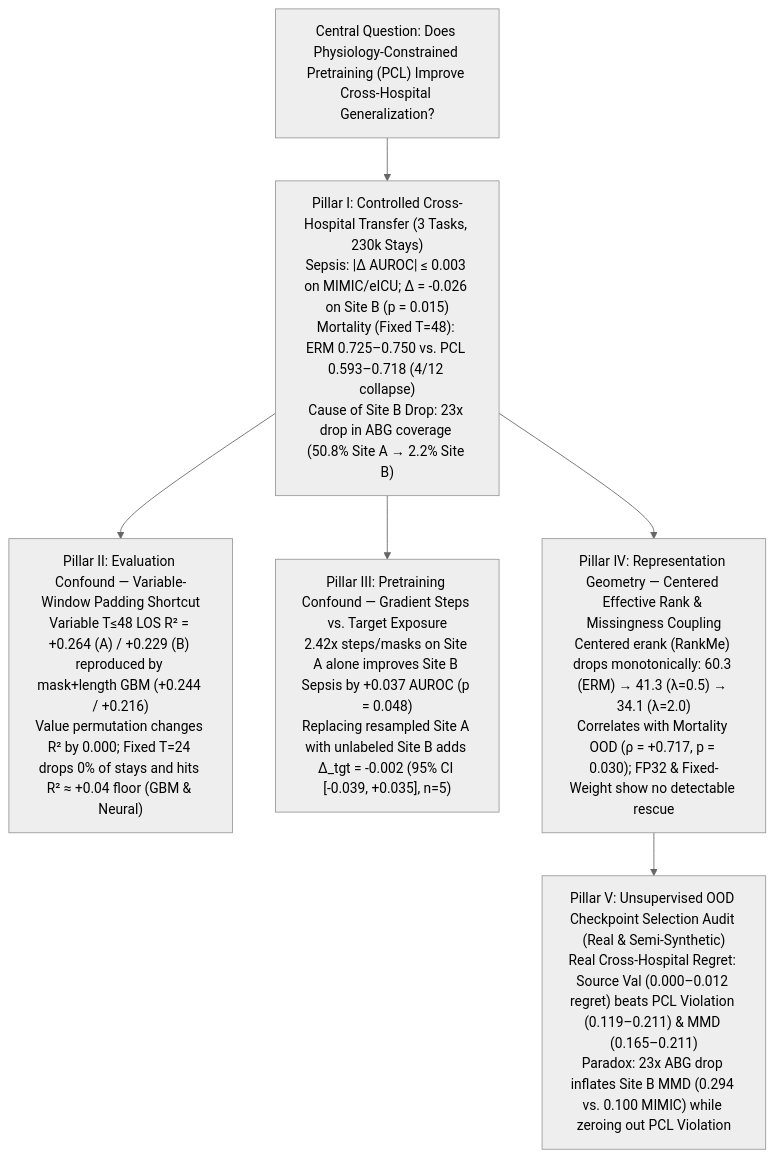
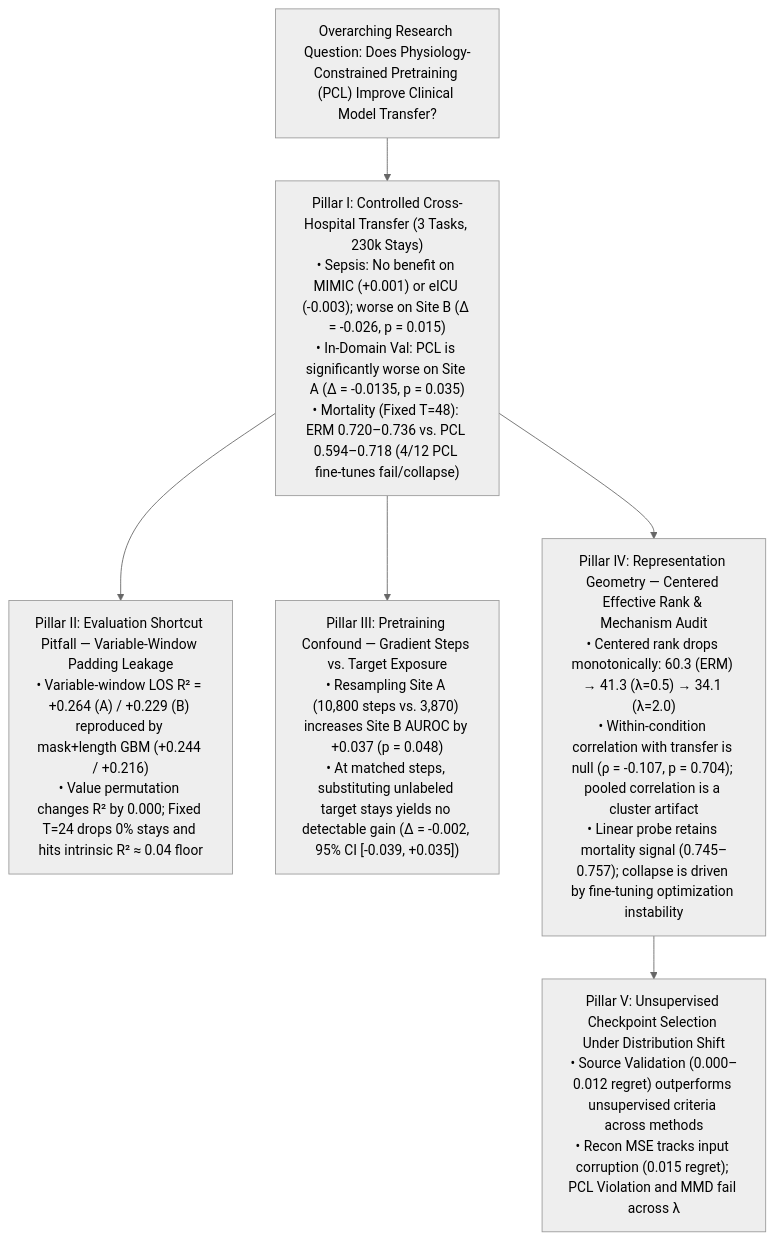
Before and after one commit to Nikhilodeon1/pcl-legacy2: the diagram in results/revision/COMPREHENSIVE_AUDIT_REPORT.md, drawn with Mermaid (neutral theme). The commit also changed other lines of this file and 4 other files, not shown here.

Commit message:
Address Mock TMLR Review Round 2: empirical firing rates, Site A stratification, mortality reconciliation, and steps-matched PCL control

````diff
--- a/results/revision/COMPREHENSIVE_AUDIT_REPORT.md
+++ b/results/revision/COMPREHENSIVE_AUDIT_REPORT.md
@@ -26,16 +13,16 @@
 ```mermaid
 flowchart TD
-    Q["Central Question: Does Physiology-Constrained Pretraining (PCL) Improve Cross-Hospital Generalization?"]
+    Q["Overarching Research Question: Does Physiology-Constrained Pretraining (PCL) Improve Clinical Model Transfer?"]
     
-    P1["Pillar I: Controlled Cross-Hospital Transfer (3 Tasks, 230k Stays)<br/>Sepsis: |Δ AUROC| ≤ 0.003 on MIMIC/eICU; Δ = -0.026 on Site B (p = 0.015)<br/>Mortality (Fixed T=48): ERM 0.725–0.750 vs. PCL 0.593–0.718 (4/12 collapse)<br/>Cause of Site B Drop: 23x drop in ABG coverage (50.8% Site A → 2.2% Site B)"]
-    P2["Pillar II: Evaluation Confound — Variable-Window Padding Shortcut<br/>Variable T≤48 LOS R² = +0.264 (A) / +0.229 (B) reproduced by mask+length GBM (+0.244 / +0.216)<br/>Value permutation changes R² by 0.000; Fixed T=24 drops 0% of stays and hits R² ≈ +0.04 floor (GBM & Neural)"]
-    P3["Pillar III: Pretraining Confound — Gradient Steps vs. Target Exposure<br/>2.42x steps/masks on Site A alone improves Site B Sepsis by +0.037 AUROC (p = 0.048)<br/>Replacing resampled Site A with unlabeled Site B adds Δ_tgt = -0.002 (95% CI [-0.039, +0.035], n=5)"]
-    P4["Pillar IV: Representation Geometry — Centered Effective Rank & Missingness Coupling<br/>Centered erank (RankMe) drops monotonically: 60.3 (ERM) → 41.3 (λ=0.5) → 34.1 (λ=2.0)<br/>Correlates with Mortality OOD (ρ = +0.717, p = 0.030); FP32 & Fixed-Weight show no detectable rescue"]
-    P5["Pillar V: Unsupervised OOD Checkpoint Selection Audit (Real & Semi-Synthetic)<br/>Real Cross-Hospital Regret: Source Val (0.000–0.012 regret) beats PCL Violation (0.119–0.211) & MMD (0.165–0.211)<br/>Paradox: 23x ABG drop inflates Site B MMD (0.294 vs. 0.100 MIMIC) while zeroing out PCL Violation"]
+    P1["Pillar I: Controlled Cross-Hospital Transfer (3 Tasks, 230k Stays)<br/>• Sepsis: No benefit on MIMIC (+0.001) or eICU (-0.003); worse on Site B (Δ = -0.026, p = 0.015)<br/>• In-Domain Val: PCL is significantly worse on Site A (Δ = -0.0135, p = 0.035)<br/>• Mortality (Fixed T=48): ERM 0.720–0.736 vs. PCL 0.594–0.718 (4/12 PCL fine-tunes fail/collapse)"]
+    P2["Pillar II: Evaluation Shortcut Pitfall — Variable-Window Padding Leakage<br/>• Variable-window LOS R² = +0.264 (A) / +0.229 (B) reproduced by mask+length GBM (+0.244 / +0.216)<br/>• Value permutation changes R² by 0.000; Fixed T=24 drops 0% stays and hits intrinsic R² ≈ 0.04 floor"]
+    P3["Pillar III: Pretraining Confound — Gradient Steps vs. Target Exposure<br/>• Resampling Site A (10,800 steps vs. 3,870) increases Site B AUROC by +0.037 (p = 0.048)<br/>• At matched steps, substituting unlabeled target stays yields no detectable gain (Δ = -0.002, 95% CI [-0.039, +0.035])"]
+    P4["Pillar IV: Representation Geometry — Centered Effective Rank & Mechanism Audit<br/>• Centered rank drops monotonically: 60.3 (ERM) → 41.3 (λ=0.5) → 34.1 (λ=2.0)<br/>• Within-condition correlation with transfer is null (ρ = -0.107, p = 0.704); pooled correlation is a cluster artifact<br/>• Linear probe retains mortality signal (0.745–0.757); collapse is driven by fine-tuning optimization instability"]
+    P5["Pillar V: Unsupervised Checkpoint Selection Under Distribution Shift<br/>• Source Validation (0.000–0.012 regret) outperforms unsupervised criteria across methods<br/>• Recon MSE tracks input corruption (0.015 regret); PCL Violation and MMD fail across λ"]
 
     Q --> P1
     P1 --> P2
     P1 --> P3
     P1 --> P4
     P4 --> P5
 ```
````
